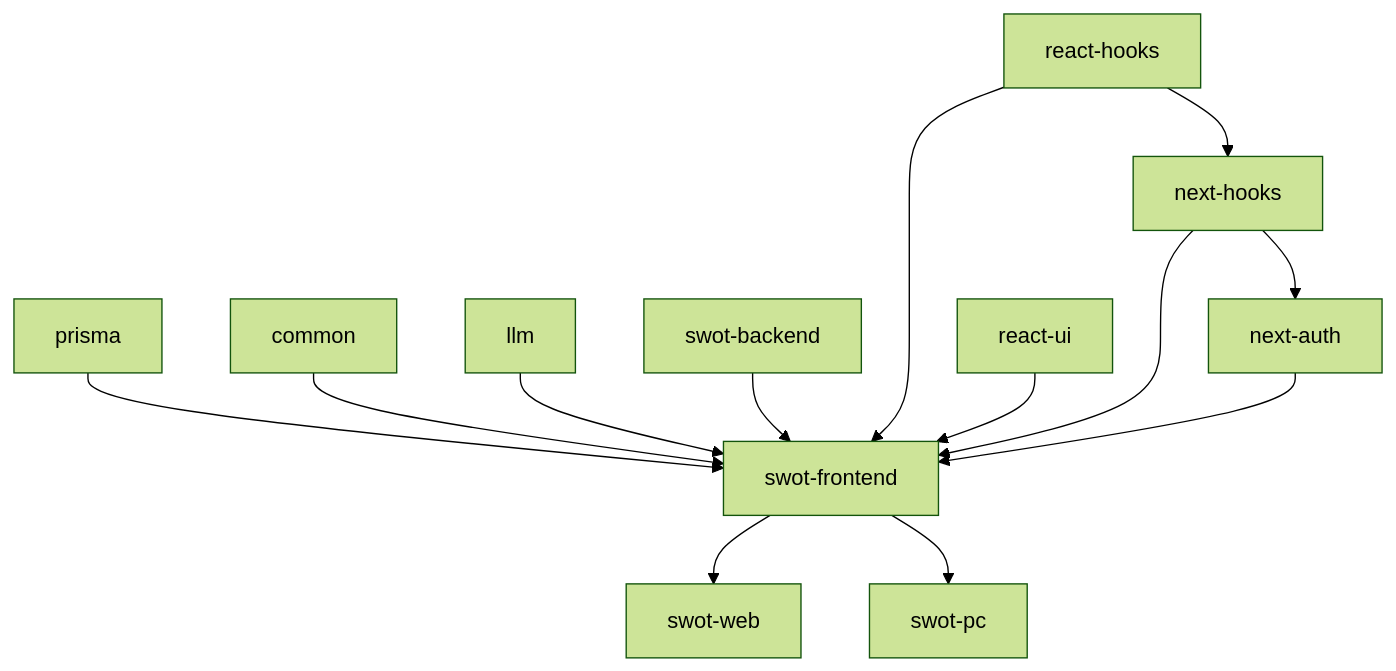
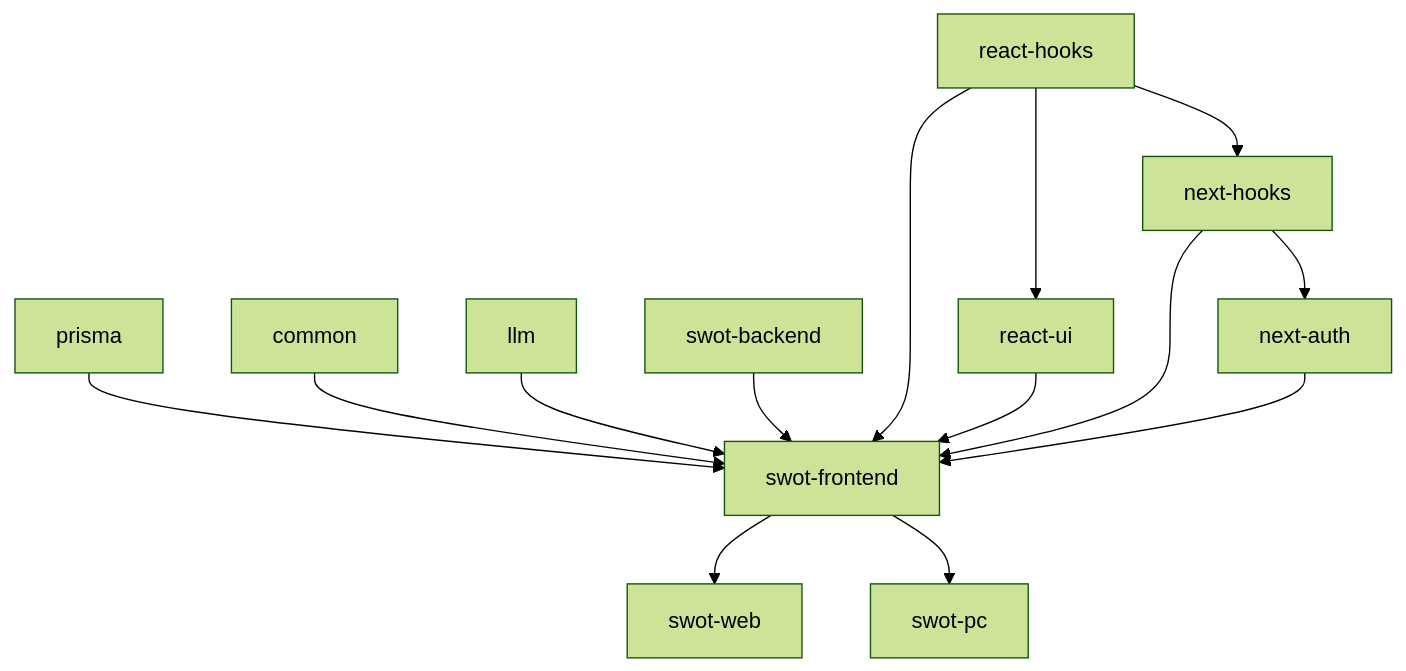
The fourth of 4 diagrams in README.md (cs-magic/codebase-ts), drawn with Mermaid (forest theme) before and after one commit.

Commit message:
added dependencies

````diff
--- a/README.md
+++ b/README.md
@@ -37,15 +37,16 @@
 ```mermaid
 graph TD;
     prisma --> swot-frontend;
     common --> swot-frontend;
     llm --> swot-frontend;
     swot-backend --> swot-frontend;
+    react-hooks --> react-ui;
     react-hooks --> next-hooks;
     react-hooks --> swot-frontend;
     react-ui --> swot-frontend;
     next-hooks --> next-auth;
     next-hooks --> swot-frontend;
     next-auth --> swot-frontend;
     swot-frontend --> swot-web;
     swot-frontend --> swot-pc;
 ```
````
